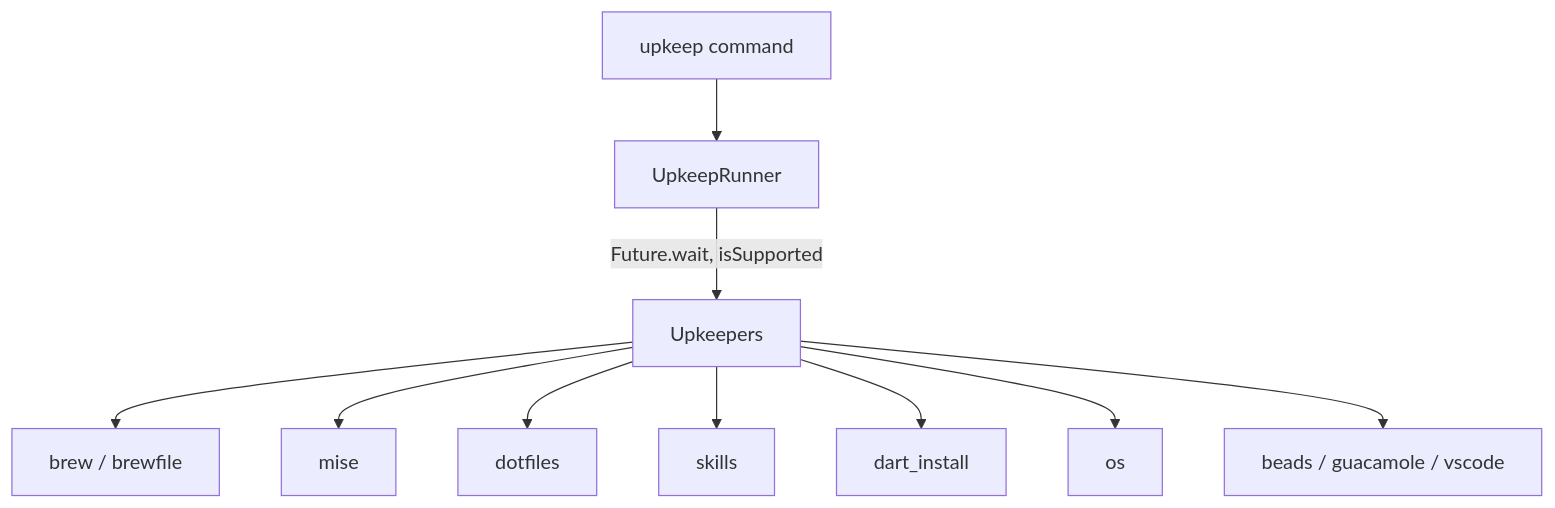
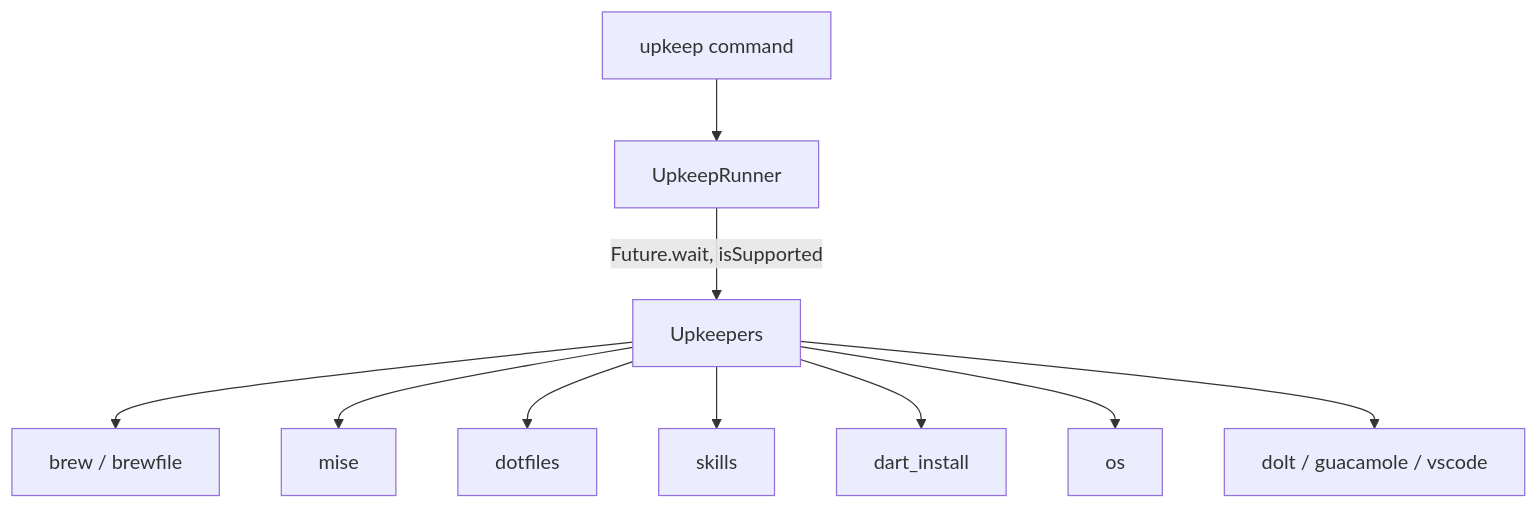
The diagram in .config/upkeep/README.md (kevmoo/personal_dotfiles), drawn with Mermaid before and after one commit. The commit also changed other lines of this file and 8 other files, not shown here.

First line of the commit message:
Drop beads; keep dolt as its own upkeeper (#112)

````diff
--- a/.config/upkeep/README.md
+++ b/.config/upkeep/README.md
@@ -51,12 +51,12 @@
 ```mermaid
 flowchart TD
     A[upkeep command] --> B[UpkeepRunner]
     B -->|Future.wait, isSupported| C[Upkeepers]
     C --> C1[brew / brewfile]
     C --> C2[mise]
     C --> C3[dotfiles]
     C --> C4[skills]
     C --> C5[dart_install]
     C --> C6[os]
-    C --> C7[beads / guacamole / vscode]
+    C --> C7[dolt / guacamole / vscode]
 ```
````
